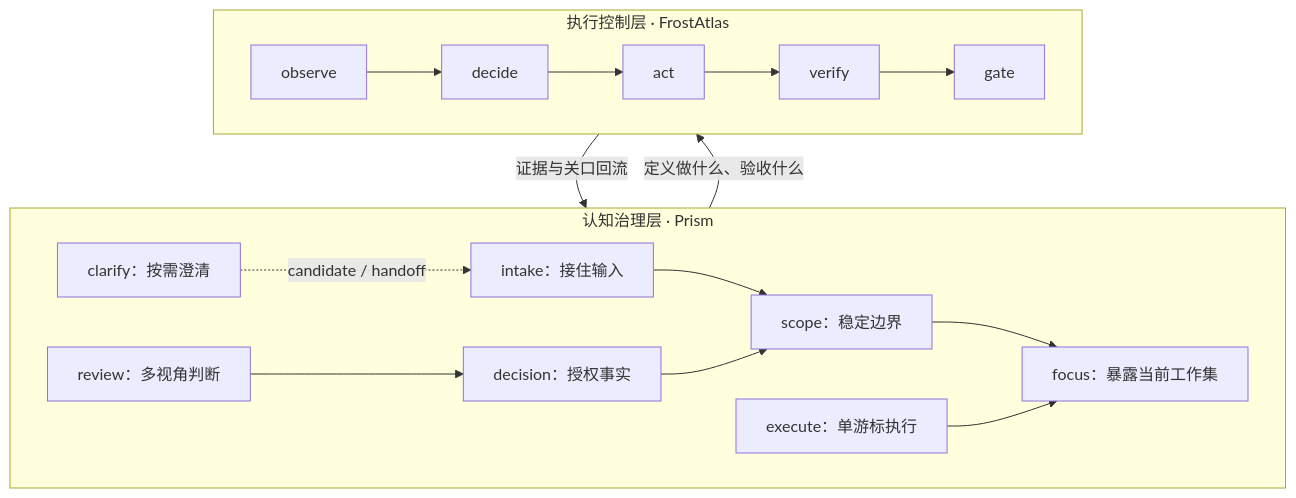
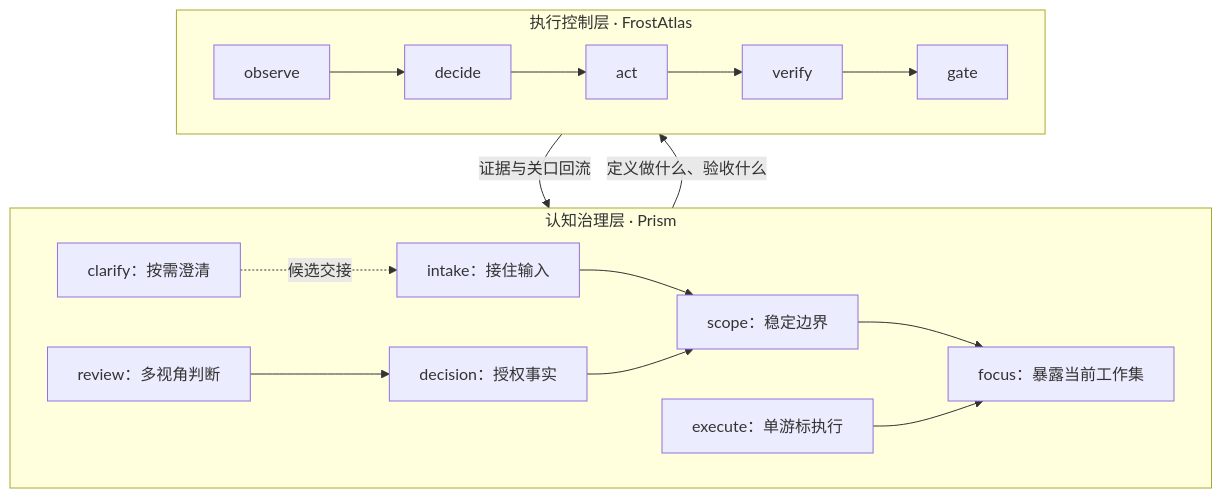
The diagram in README.md (ArnoFrost/prism), drawn with Mermaid before and after one commit. The commit also changed other lines of this file and 6 other files, not shown here.

````diff
--- a/README.md
+++ b/README.md
@@ -41,17 +41,17 @@
 ```mermaid
 flowchart TB
   subgraph governance ["认知治理层 · Prism"]
     I["intake：接住输入"] --> S["scope：稳定边界"]
     S --> F["focus：暴露当前工作集"]
-    C["clarify：按需澄清"] -. "candidate / handoff" .-> I
+    C["clarify：按需澄清"] -. "候选交接" .-> I
     R["review：多视角判断"] --> DR["decision：授权事实"]
     DR --> S
     E["execute：单游标执行"] --> F
   end
   subgraph harness ["执行控制层 · FrostAtlas"]
     O[observe] --> HD[decide] --> A[act]
     A --> V[verify] --> G[gate]
   end
   governance -->|"定义做什么、验收什么"| harness
   harness -->|"证据与关口回流"| governance
 ```
````
